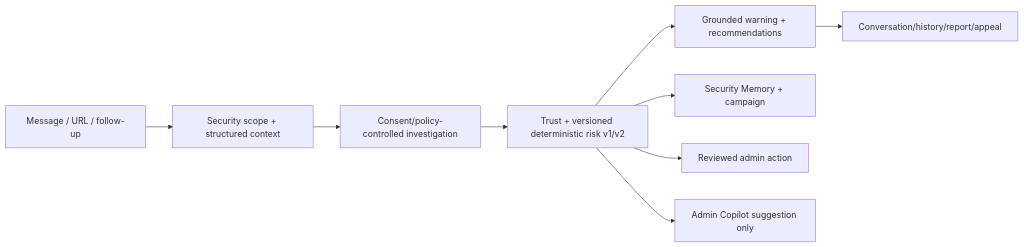
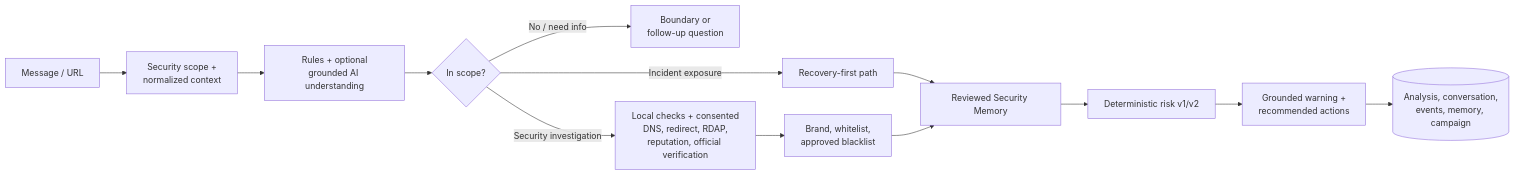
One commit to Binhdn04/TrustGuard-AI changed the diagram in README.md. Above: the diagram before and after it, drawn with Mermaid. The commit also changed other lines of this file and 1 other file, not shown here.

Commit message:
Docs: update architecture and readme

````diff
--- a/README.md
+++ b/README.md
@@ -43,11 +9,15 @@
 ```mermaid
 flowchart LR
-    A[Message / URL / follow-up] --> B[Security scope + structured context]
-    B --> C[Consent/policy-controlled investigation]
-    C --> D[Trust + versioned deterministic risk v1/v2]
-    D --> E[Grounded warning + recommendations]
-    E --> F[Conversation/history/report/appeal]
-    D --> G[Security Memory + campaign]
-    D --> H[Reviewed admin action]
-    D --> I[Admin Copilot suggestion only]
+    Input[Message / URL] --> Scope[Security scope +<br/>normalized context]
+    Scope --> Understanding[Rules + optional<br/>grounded AI understanding]
+    Understanding --> Decision{In scope?}
+    Decision -->|No / need info| Boundary[Boundary or<br/>follow-up question]
+    Decision -->|Incident exposure| Recovery[Recovery-first path]
+    Decision -->|Security investigation| Tools[Local checks + consented<br/>DNS, redirect, RDAP,<br/>reputation, official verification]
+    Tools --> Trust[Brand, whitelist,<br/>approved blacklist]
+    Recovery --> MemoryLookup[Reviewed Security Memory]
+    Trust --> MemoryLookup
+    MemoryLookup --> Risk[Deterministic risk v1/v2]
+    Risk --> Response[Grounded warning +<br/>recommended actions]
+    Response --> Store[(Analysis, conversation,<br/>events, memory, campaign)]
 ```
````
